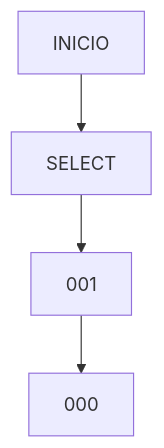
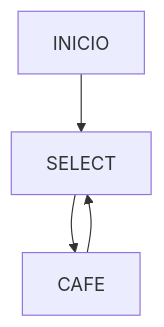
Before and after one commit to facumruiz/Plantilla_DigitalesPIC18: the diagram in README.md, drawn with Mermaid.

````diff
--- a/README.md
+++ b/README.md
@@ -57,10 +57,10 @@
 ```mermaid
 graph TD;
     INICIO-->SELECT
 
-    SELECT-->001;
-    001-->000;
+    SELECT-->CAFE;
+    CAFE-->SELECT;
 
   
     
 ```
````
